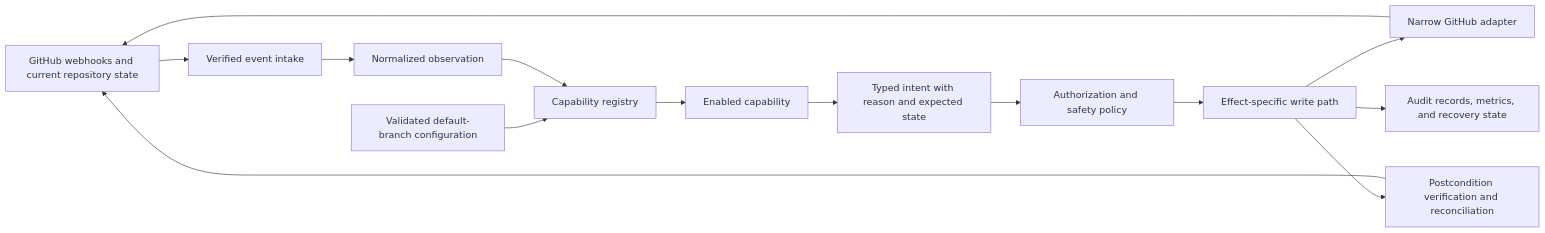
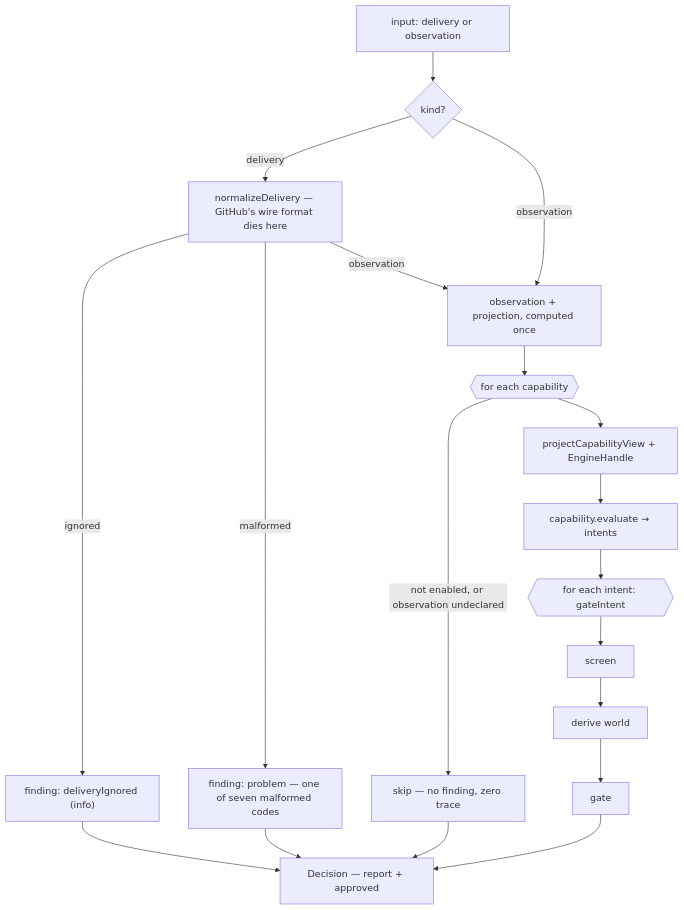
Before and after one commit to cheese-cakee/sdk-automations: the fourth of 9 diagrams in design/architecture.md, drawn with Mermaid. The commit also changed other lines of this file and 151 other files, not shown here.

````diff
--- a/design/architecture.md
+++ b/design/architecture.md
@@ -24,16 +99,19 @@
 ```mermaid
-flowchart LR
-    GH["GitHub webhooks and current repository state"] --> IN["Verified event intake"]
-    IN --> OBS["Normalized observation"]
-    CFG["Validated default-branch configuration"] --> REG["Capability registry"]
-    OBS --> REG
-    REG --> CAP["Enabled capability"]
-    CAP --> INTENT["Typed intent with reason and expected state"]
-    INTENT --> POL["Authorization and safety policy"]
-    POL --> WRITE["Effect-specific write path"]
-    WRITE --> ADP["Narrow GitHub adapter"]
-    ADP --> GH
-    WRITE --> VERIFY["Postcondition verification and reconciliation"]
-    VERIFY --> GH
-    WRITE --> OPS["Audit records, metrics, and recovery state"]
+flowchart TD
+    IN["input: delivery or observation"] --> K{"kind?"}
+    K -->|delivery| N["normalizeDelivery — GitHub's wire format dies here"]
+    K -->|observation| OBS
+    N -->|ignored| FI["finding: deliveryIgnored (info)"]
+    N -->|malformed| FM["finding: problem — one of seven malformed codes"]
+    N -->|observation| OBS["observation + projection, computed once"]
+    OBS --> LOOP{{"for each capability"}}
+    LOOP -->|"not enabled, or observation undeclared"| SKIP["skip — no finding, zero trace"]
+    LOOP --> VIEW["projectCapabilityView + EngineHandle"]
+    VIEW --> EV["capability.evaluate → intents"]
+    EV --> IL{{"for each intent: gateIntent"}}
+    IL --> SC["screen"] --> DW["derive world"] --> GT["gate"]
+    GT --> D["Decision — report + approved"]
+    FI --> D
+    FM --> D
+    SKIP --> D
 ```
````
